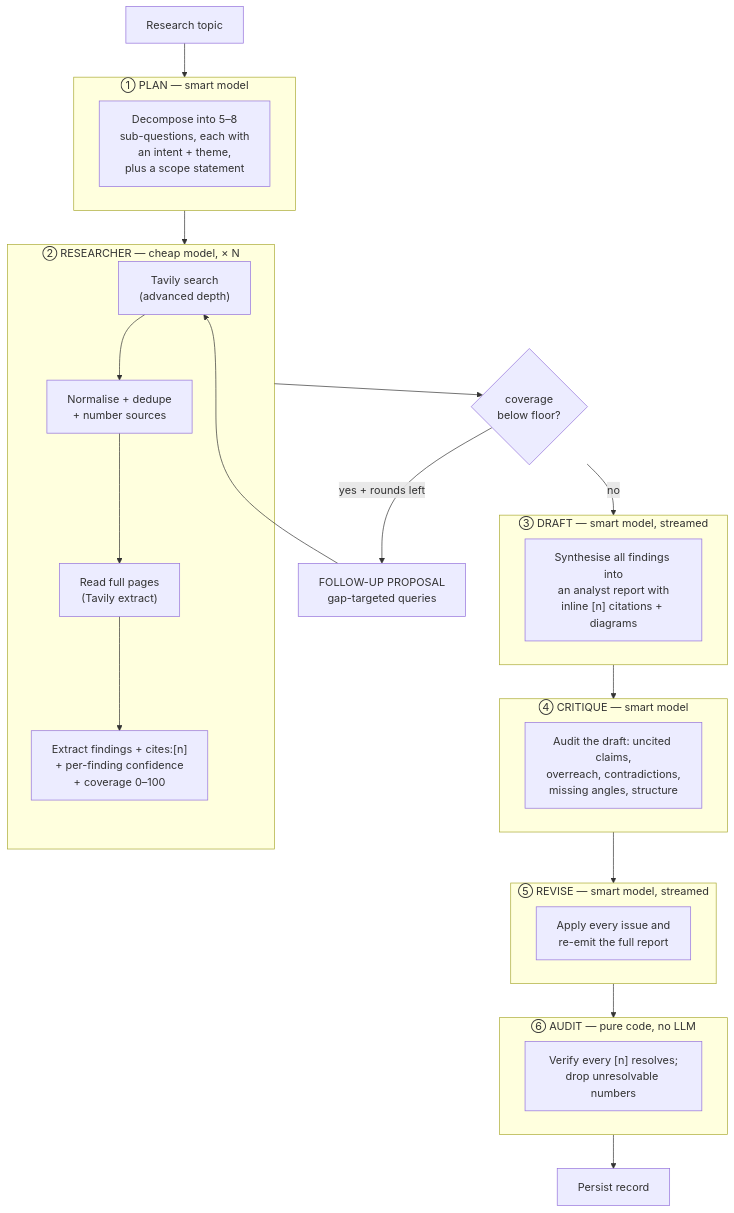
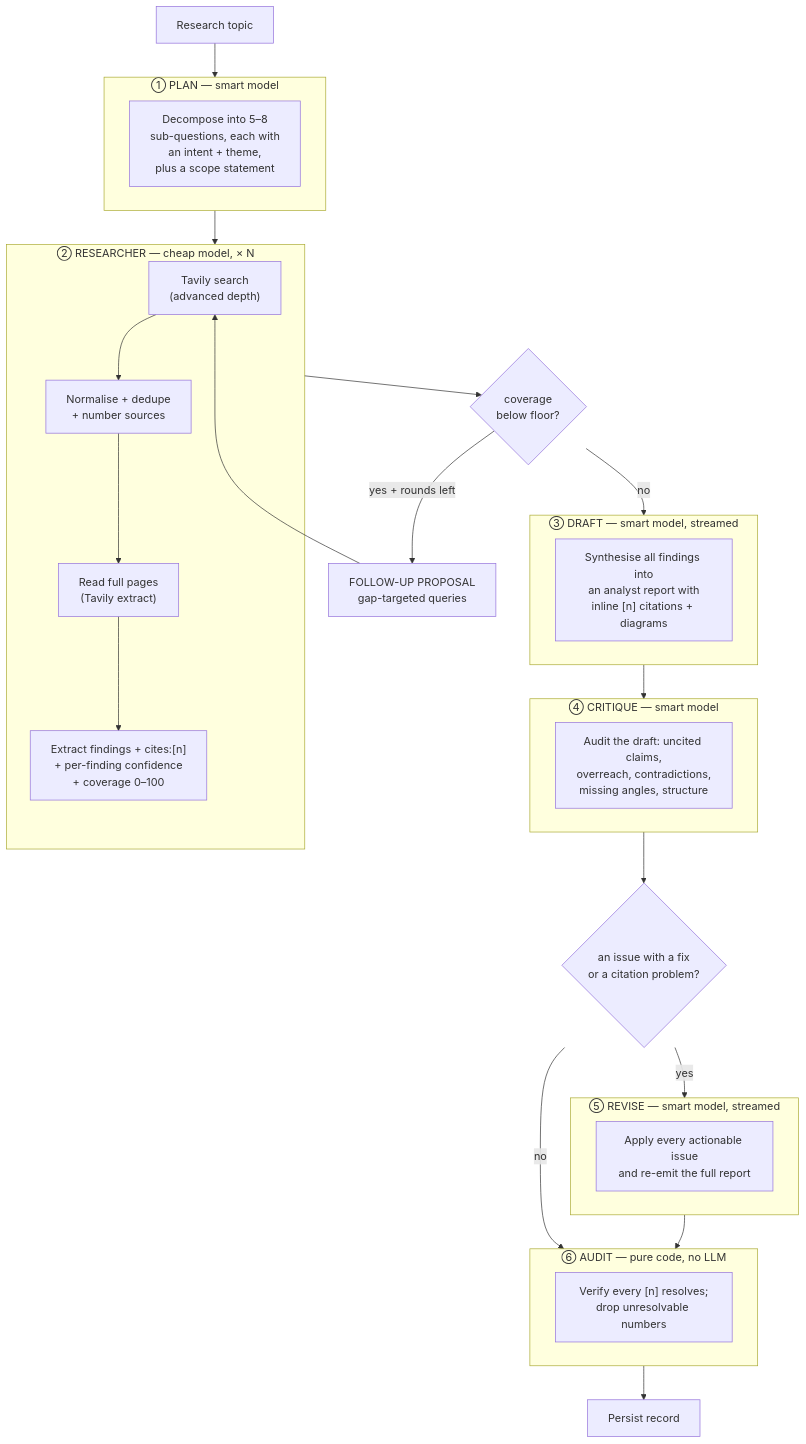
The first of 2 diagrams in docs/agents.md (AlphaBeast97/deep-research-ai-platform), drawn with Mermaid before and after one commit. The commit also changed other lines of this file and 6 other files, not shown here.

````diff
--- a/docs/agents.md
+++ b/docs/agents.md
@@ -15,48 +15,49 @@
 ```mermaid
 flowchart TD
     Q["Research topic"] --> P
 
     subgraph P["① PLAN — smart model"]
         P1["Decompose into 5–8<br/>sub-questions, each with<br/>an intent + theme,<br/>plus a scope statement"]
     end
 
     P --> R
 
     subgraph R["② RESEARCHER — cheap model, × N"]
         R1["Tavily search<br/>(advanced depth)"]
         R2["Normalise + dedupe<br/>+ number sources"]
         R3["Read full pages<br/>(Tavily extract)"]
         R4["Extract findings + cites:[n]<br/>+ per-finding confidence<br/>+ coverage 0–100"]
         R1 --> R2 --> R3 --> R4
     end
 
     R --> GAP{"coverage<br/>below floor?"}
     GAP -->|"yes + rounds left"| FU["FOLLOW-UP PROPOSAL<br/>gap-targeted queries"]
     FU --> R1
 
     GAP -->|"no"| W
 
     subgraph W["③ DRAFT — smart model, streamed"]
         W1["Synthesise all findings into<br/>an analyst report with<br/>inline [n] citations + diagrams"]
     end
 
     W --> C
 
     subgraph C["④ CRITIQUE — smart model"]
         C1["Audit the draft: uncited claims,<br/>overreach, contradictions,<br/>missing angles, structure"]
     end
 
-    C --> RV
+    C --> GATE{"an issue with a fix<br/>or a citation problem?"}
 
     subgraph RV["⑤ REVISE — smart model, streamed"]
-        RV1["Apply every issue and<br/>re-emit the full report"]
+        RV1["Apply every actionable issue<br/>and re-emit the full report"]
     end
-
-    RV --> AU
 
     subgraph AU["⑥ AUDIT — pure code, no LLM"]
         AU1["Verify every [n] resolves;<br/>drop unresolvable numbers"]
     end
 
+    GATE -->|"yes"| RV
+    GATE -->|"no"| AU
+    RV --> AU
     AU --> SAVE["Persist record"]
 ```
````
